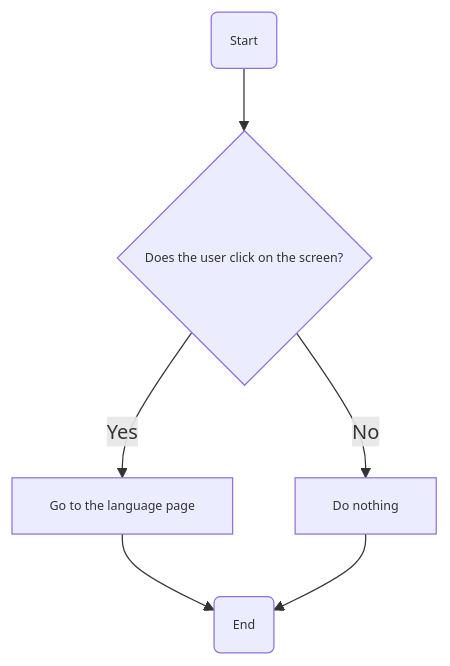
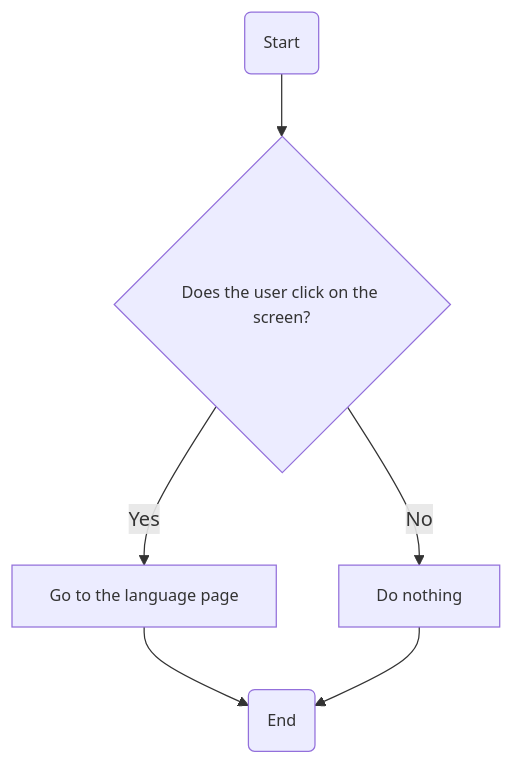
The sixth of 11 diagrams in Documents/Technical/technical_specifications.md (algosup/2024-2025-project-5-bubble-intermarche-team-2), drawn with Mermaid before and after one commit. The commit also changed other lines of this file, not shown here.

````diff
--- a/Documents/Technical/technical_specifications.md
+++ b/Documents/Technical/technical_specifications.md
@@ -383,9 +376,9 @@
 ```mermaid
 graph TD
     A(Start) --> B{Does the user click on the screen?}
     B -->|Yes| C[Go to the language page]
     B -->|No| D[Do nothing]
     C --> E(End)
     D --> E
-    classDef default font-size:10px;
+    classDef default font-size:13px;
 ```
````
